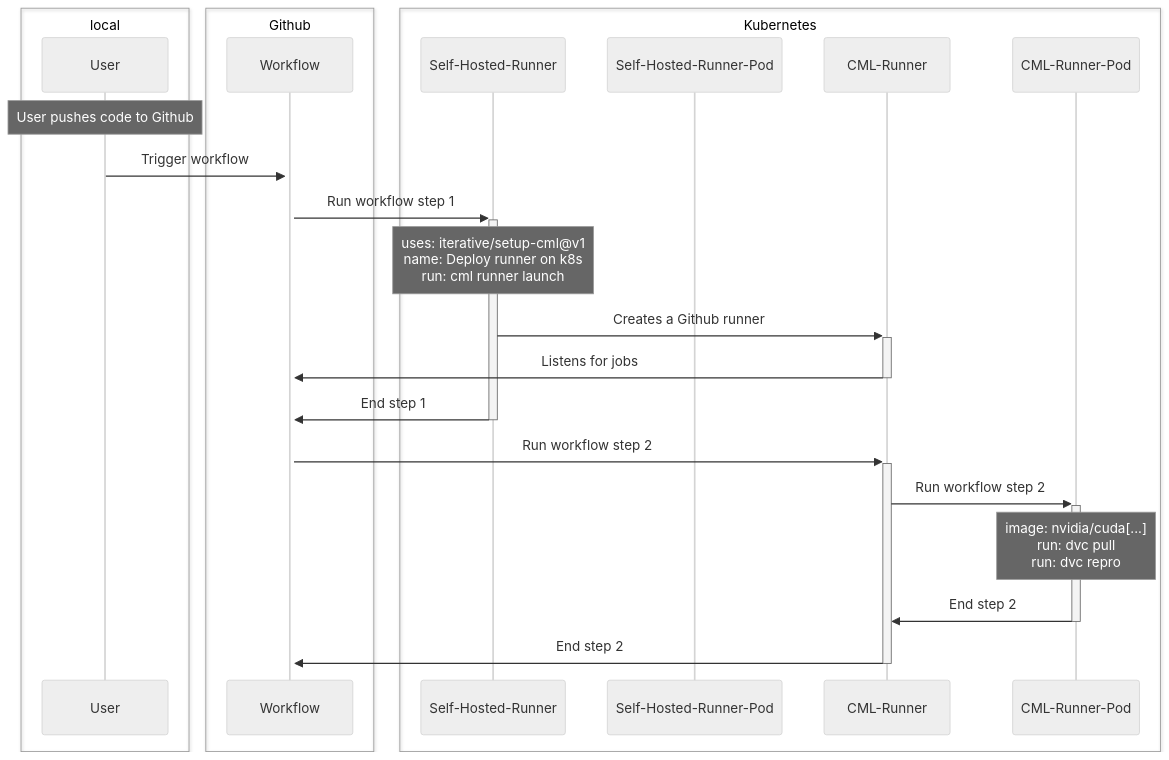
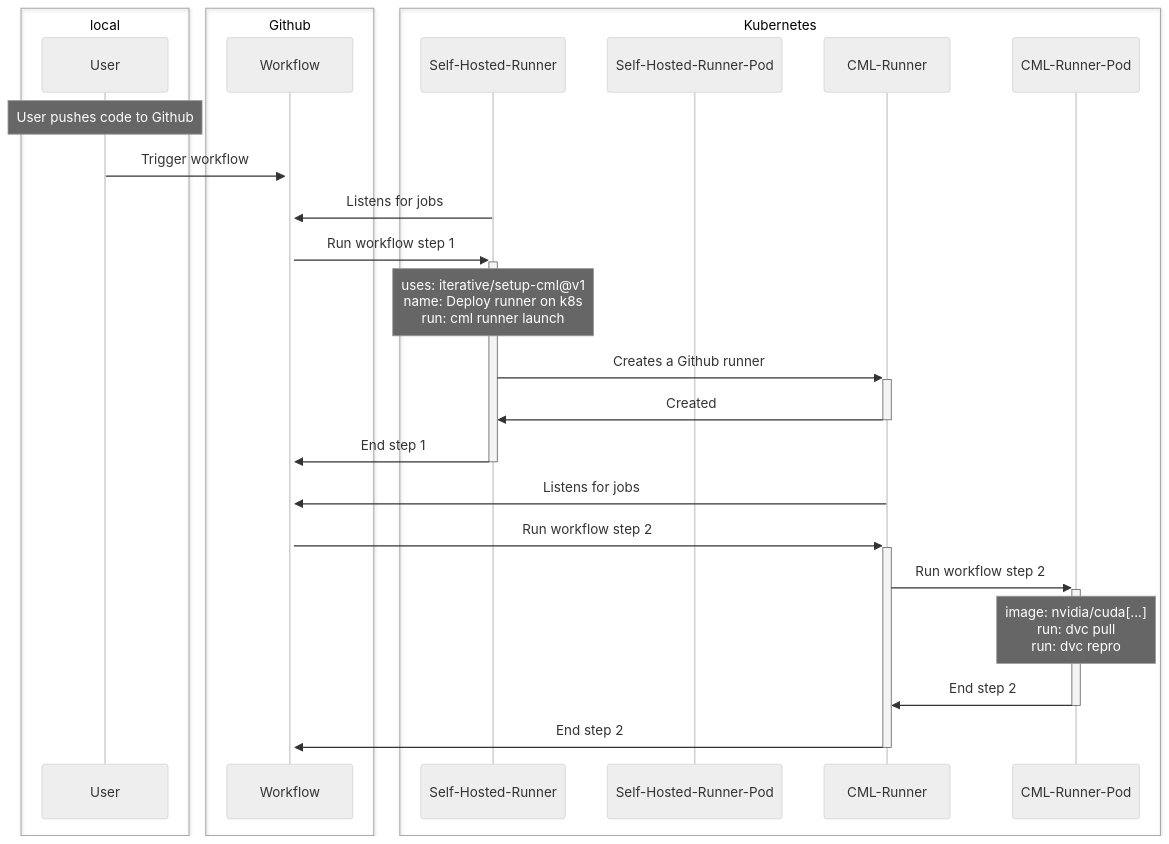
The diagram in docs/cml-runner.md (csia-pme/dreambooth-demo), drawn with Mermaid (neutral theme) before and after one commit. The commit also changed 1 other file, not shown here.

Commit message:
encoding kubeconfig in base 64 to preserve it in gitlab CI secret

````diff
--- a/docs/cml-runner.md
+++ b/docs/cml-runner.md
@@ -7,30 +7,32 @@
 ```mermaid
 sequenceDiagram
 box local
 participant User
 end
 box Github
 participant Workflow
 end
 box Kubernetes
 participant Self-Hosted-Runner
 participant Self-Hosted-Runner-Pod
 participant CML-Runner
 participant CML-Runner-Pod
 end
 
 note over User: User pushes code to Github
 User->>+Workflow: Trigger workflow
+Self-Hosted-Runner->>Workflow: Listens for jobs
 Workflow->>+Self-Hosted-Runner: Run workflow step 1
 note over Self-Hosted-Runner: uses: iterative/setup-cml@v1 <br/>name: Deploy runner on k8s <br/> run: cml runner launch
 Self-Hosted-Runner->>+CML-Runner: Creates a Github runner
-CML-Runner->>-Workflow: Listens for jobs
+CML-Runner->>-Self-Hosted-Runner: Created
 Self-Hosted-Runner->>-Workflow: End step 1
+CML-Runner->>Workflow: Listens for jobs
 
 Workflow->>+CML-Runner: Run workflow step 2
 CML-Runner->>+CML-Runner-Pod: Run workflow step 2
 note over CML-Runner-Pod: image: nvidia/cuda[...] <br/>run: dvc pull <br/> run: dvc repro
 CML-Runner-Pod->>-CML-Runner: End step 2
 CML-Runner->>-Workflow: End step 2
 
 ```
````
